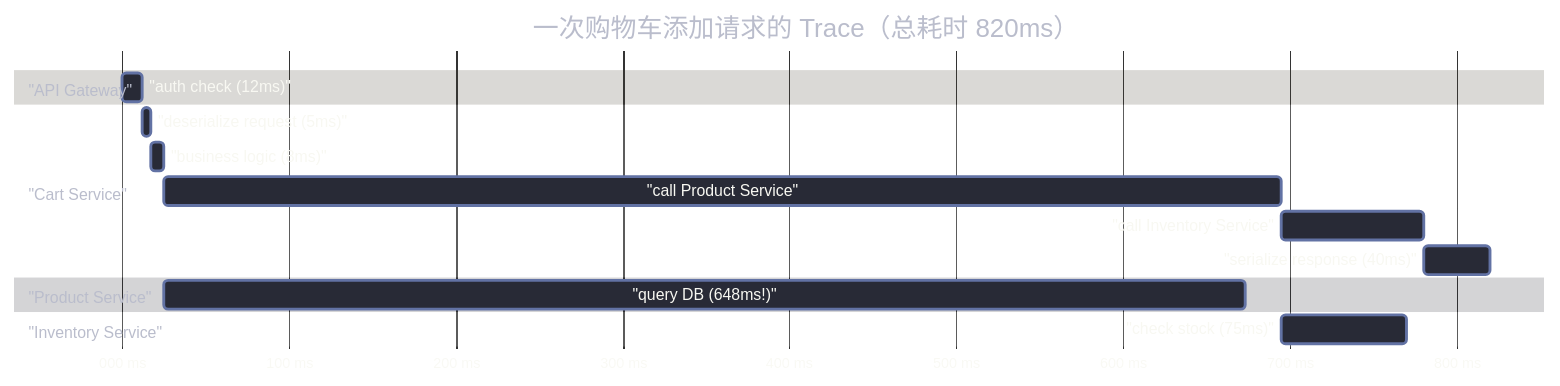
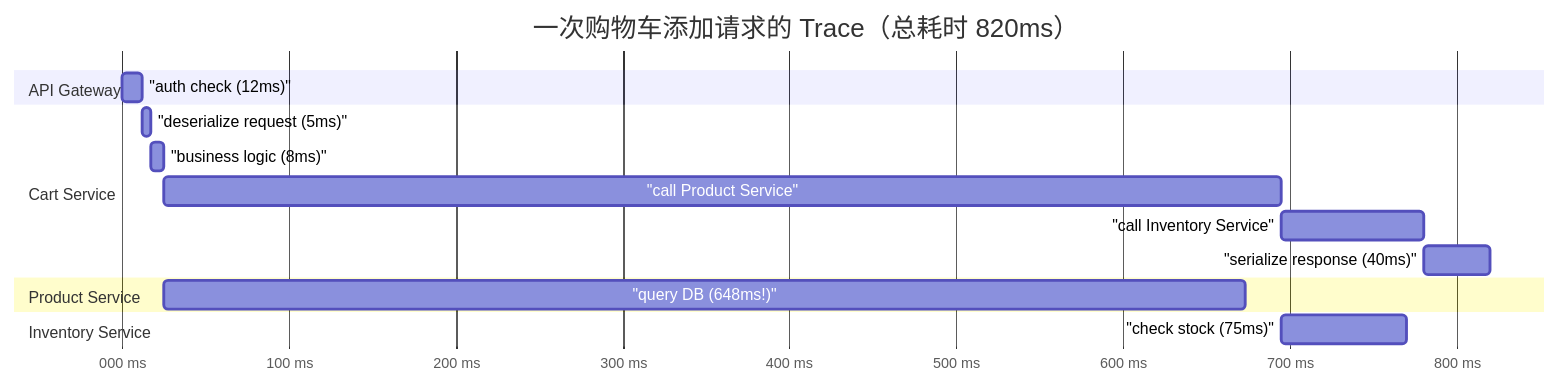
Before and after one commit to hpliStartAgain/my-brain: the second of 4 diagrams in content/可观测/AIOps与可观测性实战/01 可观测性的本质：从监控到认知跃迁.md, drawn with Mermaid. The commit also changed other lines of this file and 511 other files, not shown here.

````diff
--- a/content/可观测/AIOps与可观测性实战/01 可观测性的本质：从监控到认知跃迁.md
+++ b/content/可观测/AIOps与可观测性实战/01 可观测性的本质：从监控到认知跃迁.md
@@ -213,20 +265,20 @@
 ```mermaid
-%%{init: {"theme": "base", "themeVariables": {"primaryColor": "#282a36", "primaryTextColor": "#f8f8f2", "primaryBorderColor": "#6272a4", "lineColor": "#bd93f9", "secondaryColor": "#44475a"}}}%%
+%%{init: {'theme': 'dracula'}}%%
 gantt
     title 一次购物车添加请求的 Trace（总耗时 820ms）
     dateFormat  x
     axisFormat  %L ms
-    
-    section "API Gateway"
+
+    section API Gateway
     "auth check (12ms)"          :0, 12
-    section "Cart Service"
+    section Cart Service
     "deserialize request (5ms)"  :12, 17
     "business logic (8ms)"       :17, 25
     "call Product Service"       :25, 695
     "call Inventory Service"     :695, 780
     "serialize response (40ms)"  :780, 820
-    section "Product Service"
+    section Product Service
     "query DB (648ms!)"          :25, 673
-    section "Inventory Service"
+    section Inventory Service
     "check stock (75ms)"         :695, 770
 ```
````
